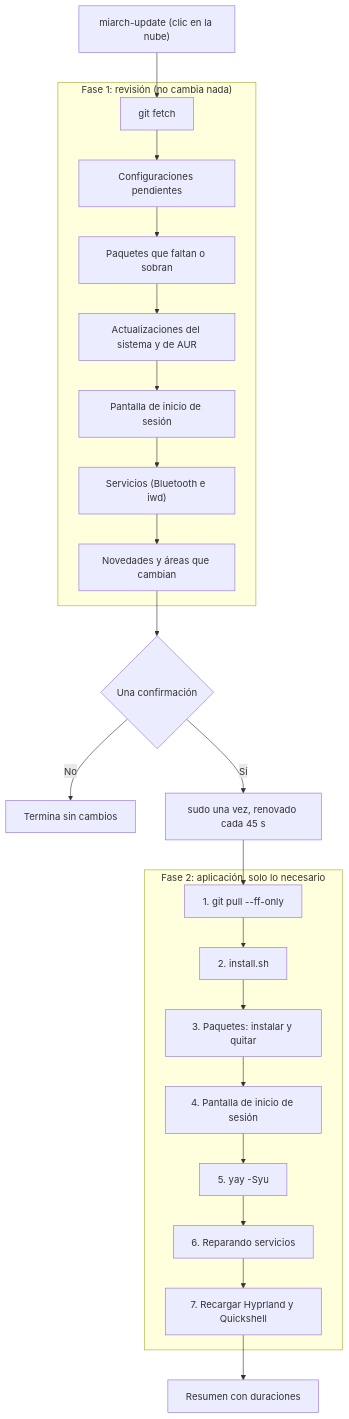
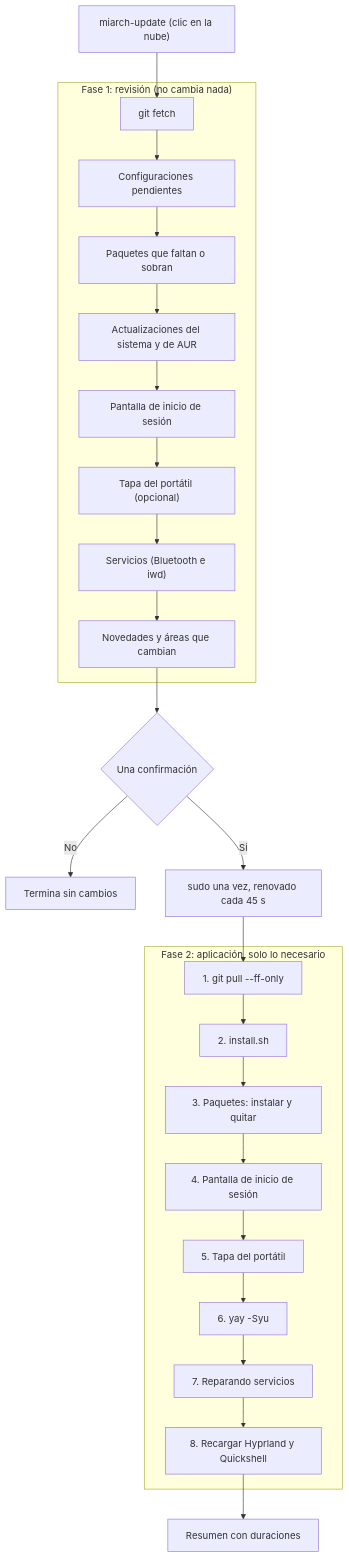
Before and after one commit to alejandro-xoxo/Miarch: the diagram in docs/actualizador.md, drawn with Mermaid. The commit also changed other lines of this file and 4 other files, not shown here.

````diff
--- a/docs/actualizador.md
+++ b/docs/actualizador.md
@@ -7,29 +7,31 @@
 ```mermaid
 flowchart TD
     Start["miarch-update (clic en la nube)"] --> F1
 
     subgraph Fase1["Fase 1: revisión (no cambia nada)"]
         F1["git fetch"] --> F2["Configuraciones pendientes"]
         F2 --> F3["Paquetes que faltan o sobran"]
         F3 --> F4["Actualizaciones del sistema y de AUR"]
         F4 --> F5["Pantalla de inicio de sesión"]
-        F5 --> FServ["Servicios (Bluetooth e iwd)"]
+        F5 --> FTapa["Tapa del portátil (opcional)"]
+        FTapa --> FServ["Servicios (Bluetooth e iwd)"]
         FServ --> F6["Novedades y áreas que cambian"]
     end
 
     F6 --> Conf{"Una confirmación"}
     Conf -- "No" --> Fin0["Termina sin cambios"]
     Conf -- "Sí" --> Sudo["sudo una vez, renovado cada 45 s"]
 
     subgraph Fase2["Fase 2: aplicación, solo lo necesario"]
         A1["1. git pull --ff-only"] --> A2["2. install.sh"]
         A2 --> A3["3. Paquetes: instalar y quitar"]
         A3 --> A4["4. Pantalla de inicio de sesión"]
-        A4 --> A5["5. yay -Syu"]
-        A5 --> A6["6. Reparando servicios"]
-        A6 --> A7["7. Recargar Hyprland y Quickshell"]
+        A4 --> ATapa["5. Tapa del portátil"]
+        ATapa --> A5["6. yay -Syu"]
+        A5 --> A6["7. Reparando servicios"]
+        A6 --> A7["8. Recargar Hyprland y Quickshell"]
     end
 
     Sudo --> A1
     A7 --> Resumen["Resumen con duraciones"]
 ```
````
